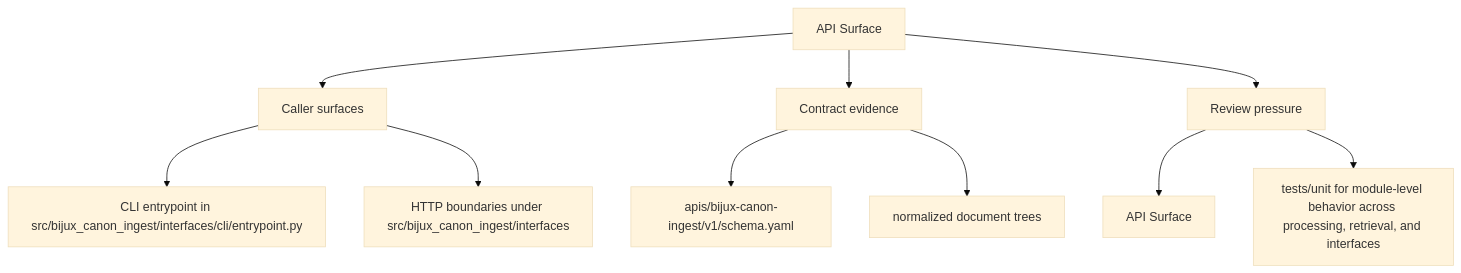
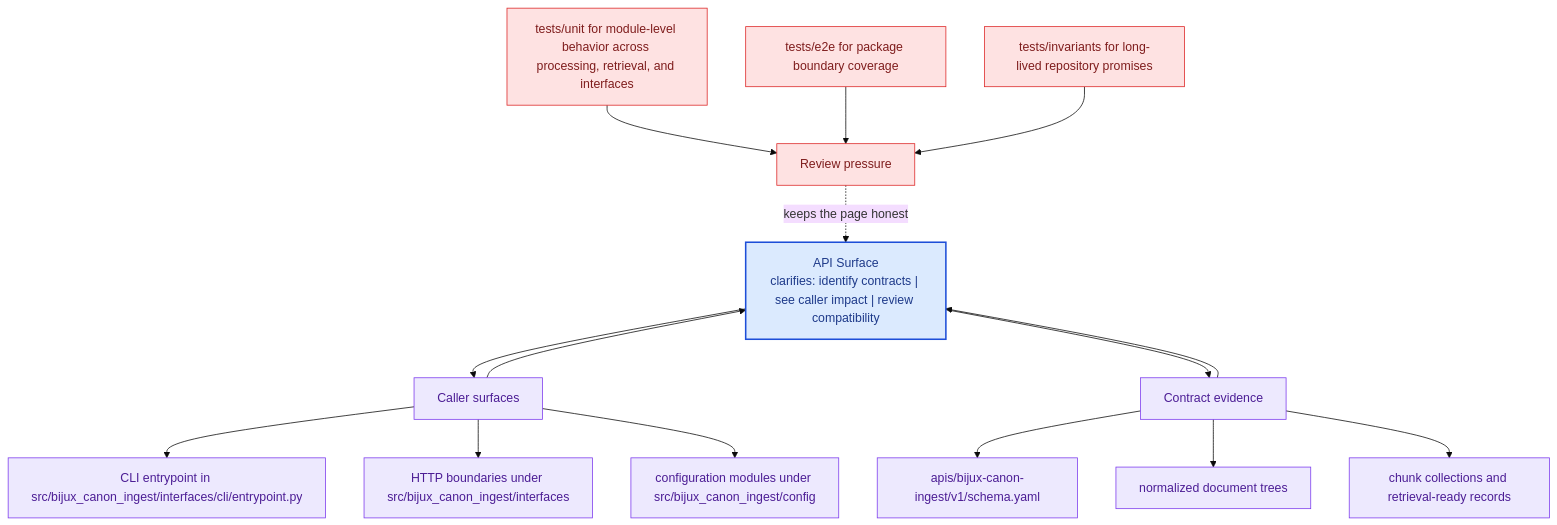
Before and after one commit to bijux/bijux-canon: the second of 2 diagrams in docs/bijux-canon-ingest/interfaces/api-surface.md, drawn with Mermaid (base theme). The commit also changed other lines of this file and 281 other files, not shown here.

Commit message:
docs(diagrams): deepen handbook mermaid maps across the catalog

````diff
--- a/docs/bijux-canon-ingest/interfaces/api-surface.md
+++ b/docs/bijux-canon-ingest/interfaces/api-surface.md
@@ -35,22 +68,41 @@
 ```mermaid
-flowchart TD
-    page["API Surface"]
+flowchart TB
+    promise["API Surface<br/>clarifies: identify contracts | see caller impact | review compatibility"]
+    classDef promise fill:#dbeafe,stroke:#1d4ed8,color:#1e3a8a,stroke-width:2px;
+    classDef driver fill:#dcfce7,stroke:#16a34a,color:#14532d;
+    classDef constraint fill:#fee2e2,stroke:#dc2626,color:#7f1d1d;
+    classDef ground fill:#ede9fe,stroke:#7c3aed,color:#4c1d95;
     focus1["Caller surfaces"]
-    page --> focus1
+    focus1 --> promise
+    promise --> focus1
     focus1_1["CLI entrypoint in src/bijux_canon_ingest/interfaces/cli/entrypoint.py"]
     focus1 --> focus1_1
     focus1_2["HTTP boundaries under src/bijux_canon_ingest/interfaces"]
     focus1 --> focus1_2
+    focus1_3["configuration modules under src/bijux_canon_ingest/config"]
+    focus1 --> focus1_3
+    class focus1 ground;
+    class focus1_1,focus1_2,focus1_3 ground;
     focus2["Contract evidence"]
-    page --> focus2
+    focus2 --> promise
+    promise --> focus2
     focus2_1["apis/bijux-canon-ingest/v1/schema.yaml"]
     focus2 --> focus2_1
     focus2_2["normalized document trees"]
     focus2 --> focus2_2
+    focus2_3["chunk collections and retrieval-ready records"]
+    focus2 --> focus2_3
+    class focus2 ground;
+    class focus2_1,focus2_2,focus2_3 ground;
     focus3["Review pressure"]
-    page --> focus3
-    focus3_1["API Surface"]
-    focus3 --> focus3_1
-    focus3_2["tests/unit for module-level behavior across processing, retrieval, and interfaces"]
-    focus3 --> focus3_2
+    focus3 -.keeps the page honest.-> promise
+    focus3_1["tests/unit for module-level behavior across processing, retrieval, and interfaces"]
+    focus3_1 --> focus3
+    focus3_2["tests/e2e for package boundary coverage"]
+    focus3_2 --> focus3
+    focus3_3["tests/invariants for long-lived repository promises"]
+    focus3_3 --> focus3
+    class focus3 constraint;
+    class focus3_1,focus3_2,focus3_3 constraint;
+    class promise promise;
 ```
````
